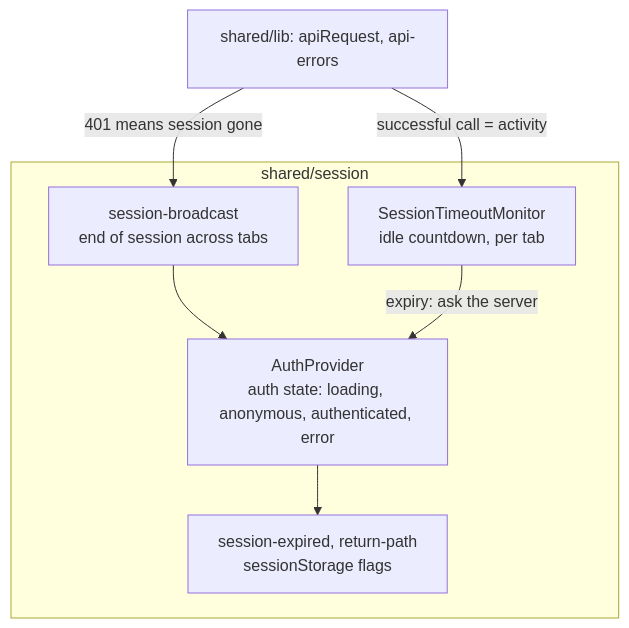
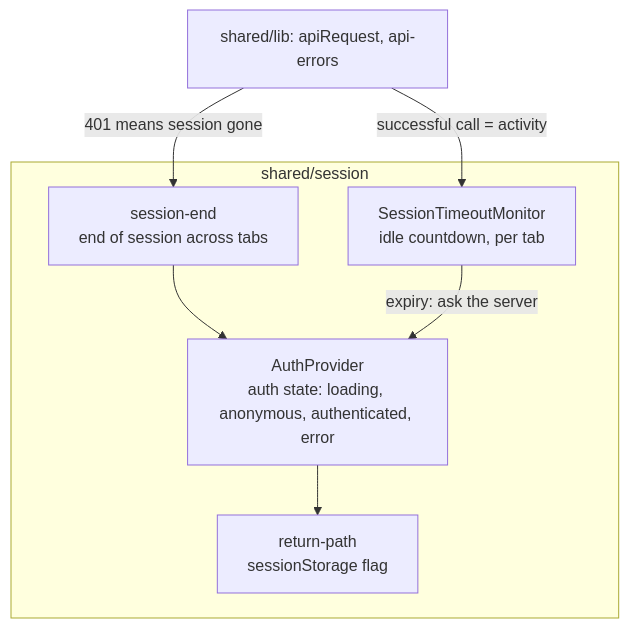
Before and after one commit to justin-tay/typescript-react-app-web-frontend-template: the second of 2 diagrams in docs/system-design/05-building-block-view.md, drawn with Mermaid. The commit also changed other lines of this file and 19 other files, not shown here.

````diff
--- a/docs/system-design/05-building-block-view.md
+++ b/docs/system-design/05-building-block-view.md
@@ -59,15 +59,15 @@
 ```mermaid
 flowchart TB
     subgraph session ["shared/session"]
         AP["AuthProvider<br/>auth state: loading, anonymous, authenticated, error"]
         ST["SessionTimeoutMonitor<br/>idle countdown, per tab"]
-        SB["session-broadcast<br/>end of session across tabs"]
-        SE["session-expired, return-path<br/>sessionStorage flags"]
+        SB["session-end<br/>end of session across tabs"]
+        SE["return-path<br/>sessionStorage flag"]
     end
     api["shared/lib: apiRequest, api-errors"]
     api -->|"401 means session gone"| SB
     SB --> AP
     api -->|"successful call = activity"| ST
     ST -->|"expiry: ask the server"| AP
     AP --> SE
 ```
````
